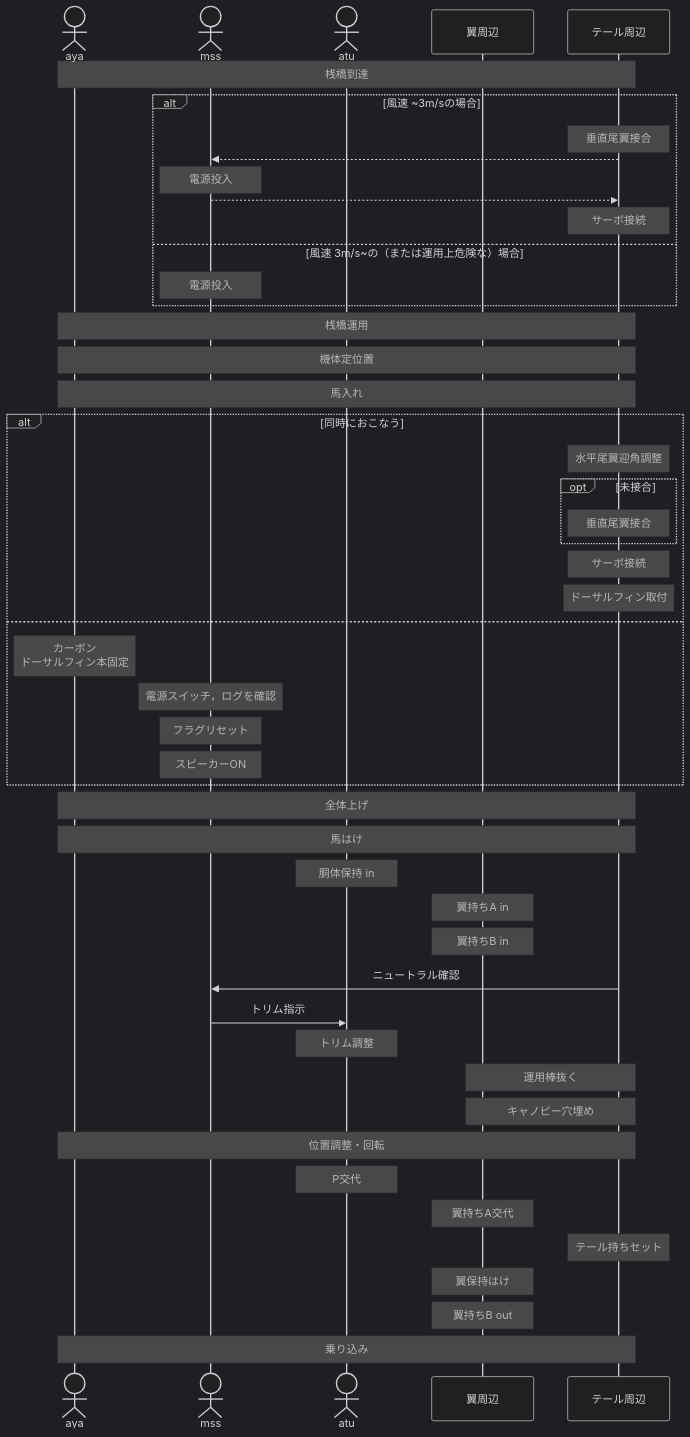
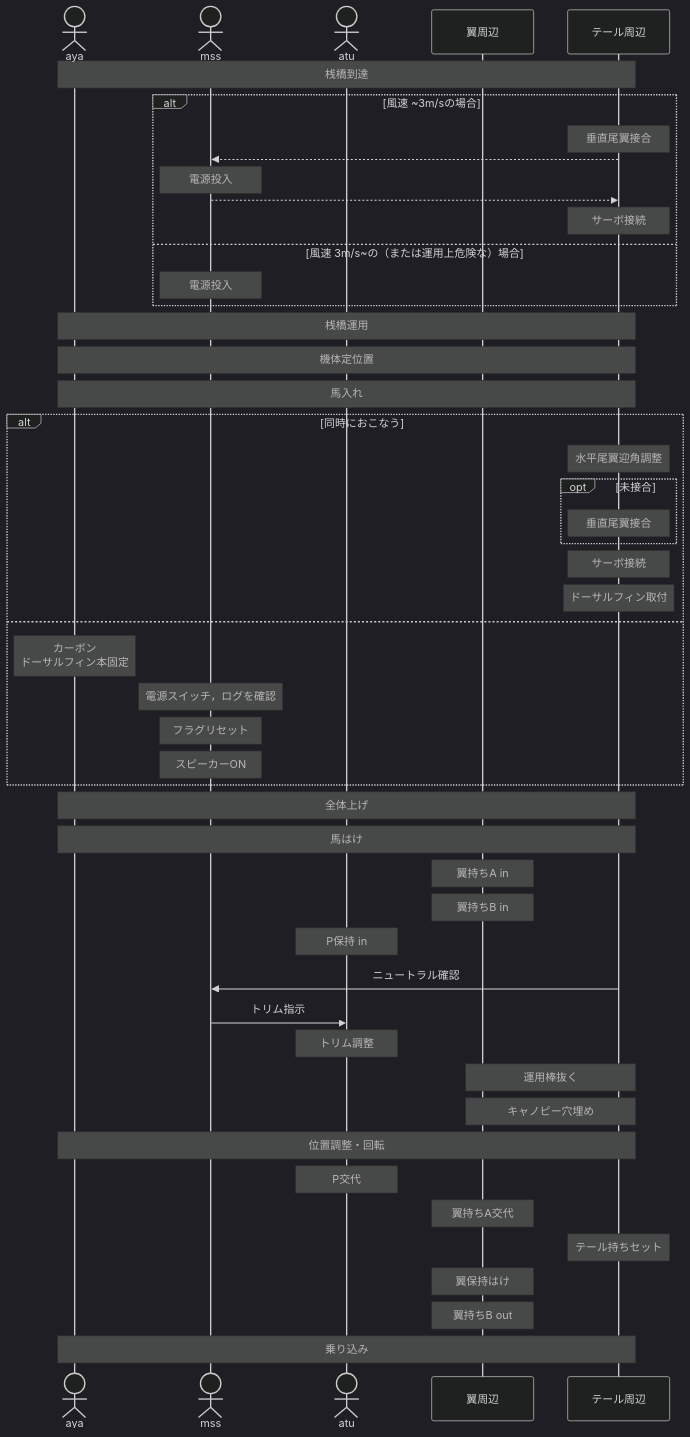
Before and after one commit to torica-org/electronics-blog: the sixth of 6 diagrams in docs/works/2026-avionics.md, drawn with Mermaid (dark theme). The commit also changed other lines of this file, not shown here.

```diff
--- a/docs/works/2026-avionics.md
+++ b/docs/works/2026-avionics.md
@@ -363,52 +363,52 @@
-<pre class="mermaid" style="background-color:white;">
+<pre class="mermaid" style="background-color:white;width:500px;">
 sequenceDiagram
     actor aya
     actor mss
     actor atu
     participant wing as 翼周辺
     participant tail as テール周辺
 
     Note over aya,tail: 桟橋到達
     alt 風速 ~3m/sの場合
         Note over tail: 垂直尾翼接合
         tail -->> mss:
         Note over mss: 電源投入
         mss -->> tail:
         Note over tail: サーボ接続
     else 風速 3m/s~の（または運用上危険な）場合
         Note over mss: 電源投入
     end
     Note over aya,tail: 桟橋運用
     Note over aya,tail: 機体定位置
     Note over aya,tail: 馬入れ
     alt 同時におこなう
         Note over tail: 水平尾翼迎角調整
         opt 未接合
             Note over tail: 垂直尾翼接合
         end
         Note over tail: サーボ接続
         Note over tail: ドーサルフィン取付
     else
         Note over aya: カーボン<br>ドーサルフィン本固定
         Note over mss: 電源スイッチ，ログを確認
         Note over mss: フラグリセット
         Note over mss: スピーカーON
     end
     Note over aya,tail: 全体上げ
     Note over aya,tail: 馬はけ
-    Note over atu: 胴体保持 in
     Note over wing: 翼持ちA in
     Note over wing: 翼持ちB in
+    Note over atu: P保持 in
     tail ->> mss: ニュートラル確認
     mss ->> atu: トリム指示
     Note over atu: トリム調整
     Note over wing,tail: 運用棒抜く
     Note over wing,tail: キャノピー穴埋め
     Note over aya,tail: 位置調整・回転
     Note over atu: P交代
     Note over wing: 翼持ちA交代
     Note over tail: テール持ちセット
     Note over wing: 翼保持はけ
     Note over wing: 翼持ちB out
     Note over aya,tail: 乗り込み
 </pre>
```
